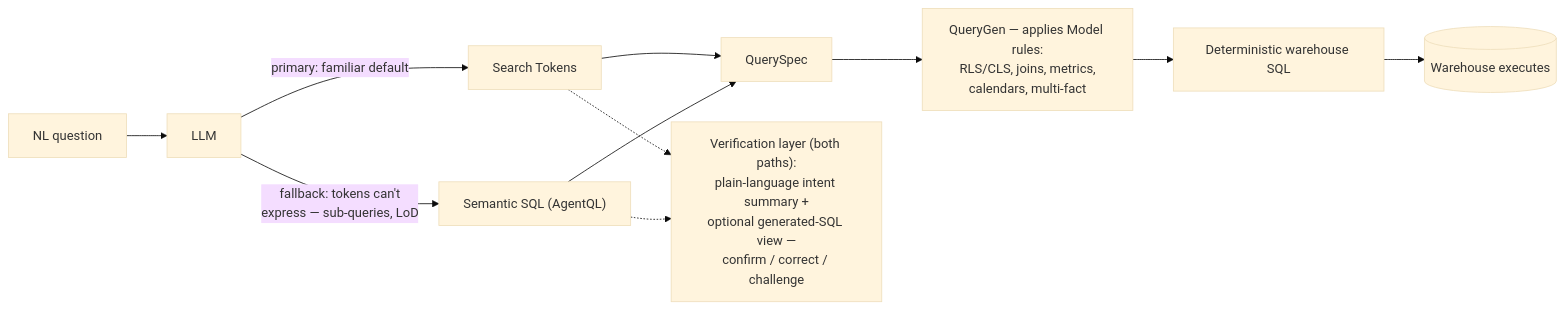
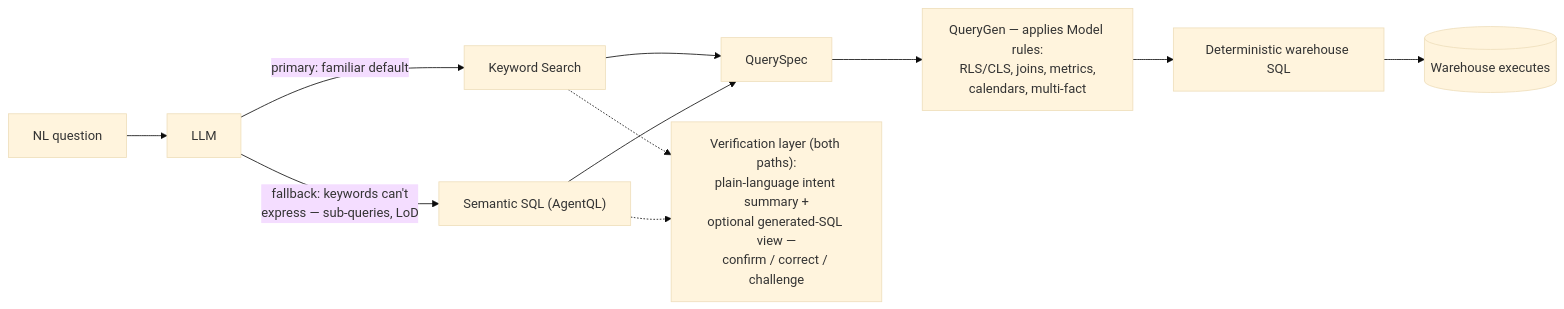
The diagram in agents/cli/ts-object-model-agentql-query/references/architecture.md (thoughtspot/thoughtspot-agent-skills), drawn with Mermaid (base theme) before and after one commit. The commit also changed other lines of this file and 5 other files, not shown here.

First line of the commit message:
docs(agentql): rename "Token Search" to "Keyword Search" (2.11.1)

````diff
--- a/agents/cli/ts-object-model-agentql-query/references/architecture.md
+++ b/agents/cli/ts-object-model-agentql-query/references/architecture.md
@@ -90,14 +90,14 @@
 ```mermaid
 flowchart LR
     Q[NL question] --> LLM
-    LLM -->|"primary: familiar default"| A[Search Tokens]
-    LLM -->|"fallback: tokens can't<br/>express — sub-queries, LoD"| B["Semantic SQL (AgentQL)"]
+    LLM -->|"primary: familiar default"| A[Keyword Search]
+    LLM -->|"fallback: keywords can't<br/>express — sub-queries, LoD"| B["Semantic SQL (AgentQL)"]
     A --> QS[QuerySpec]
     B --> QS
     QS --> QG["QueryGen — applies Model rules:<br/>RLS/CLS, joins, metrics,<br/>calendars, multi-fact"]
     QG --> SQL[Deterministic warehouse SQL]
     SQL --> EX[(Warehouse executes)]
     A -.-> V
     B -.-> V
     V["Verification layer (both paths):<br/>plain-language intent summary +<br/>optional generated-SQL view —<br/>confirm / correct / challenge"]
 ```
````
